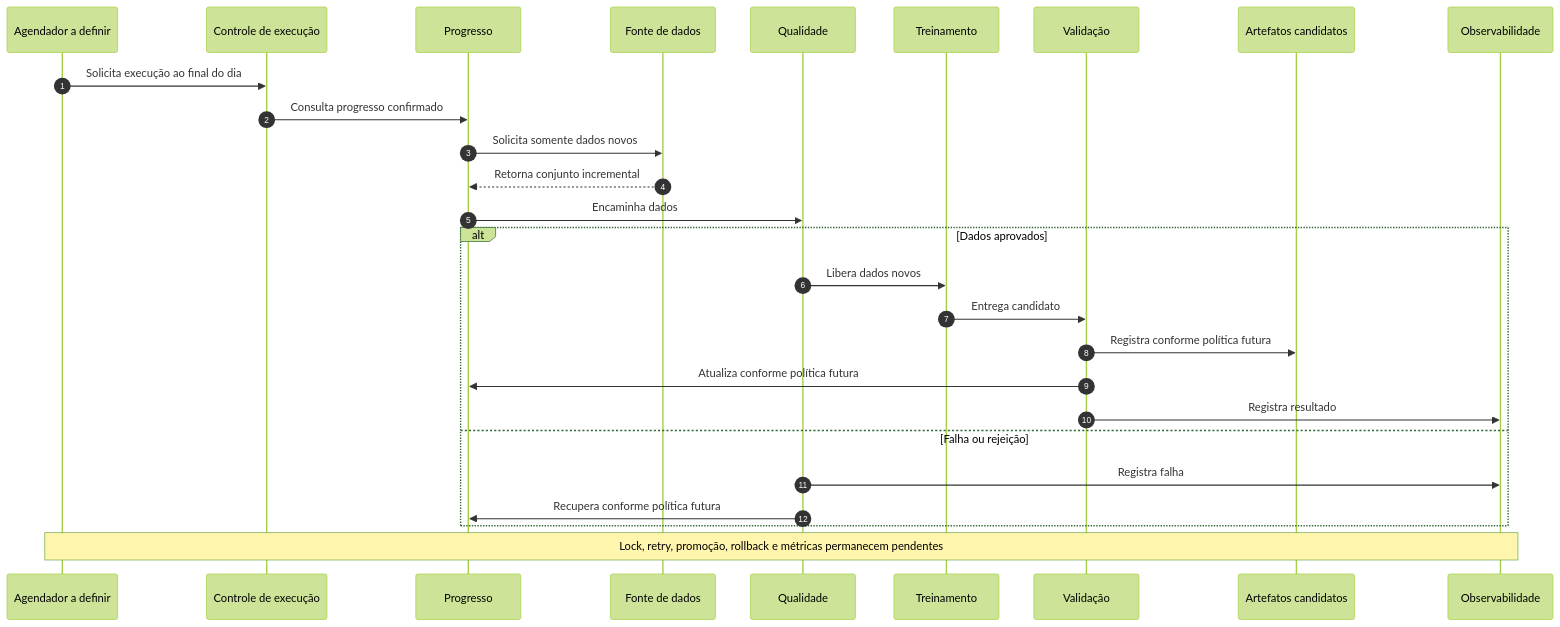
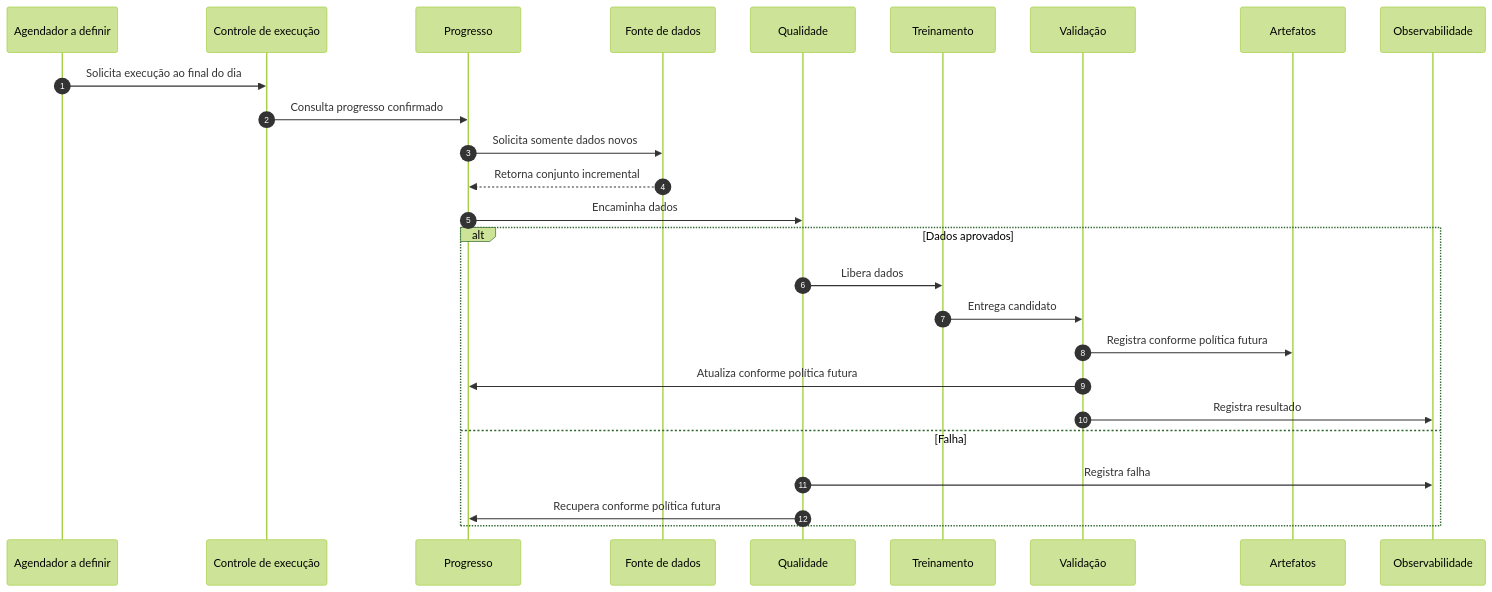
One commit to Jefferson-Silva-Geronimo/jefferson.geronimo-Foot-Fanatics changed the sixth of 6 diagrams in docs/arquitetura.md. Above: the diagram before and after it, drawn with Mermaid (forest theme). The commit also changed other lines of this file and 2 other files, not shown here.

````diff
--- a/docs/arquitetura.md
+++ b/docs/arquitetura.md
@@ -533,32 +399,28 @@
 ```mermaid
 sequenceDiagram
   autonumber
   participant AG as Agendador a definir
   participant EX as Controle de execução
   participant CP as Progresso
   participant FD as Fonte de dados
   participant QD as Qualidade
   participant TR as Treinamento
   participant VA as Validação
-  participant AR as Artefatos candidatos
+  participant AR as Artefatos
   participant OB as Observabilidade
-
   AG->>EX: Solicita execução ao final do dia
   EX->>CP: Consulta progresso confirmado
   CP->>FD: Solicita somente dados novos
   FD-->>CP: Retorna conjunto incremental
   CP->>QD: Encaminha dados
-
   alt Dados aprovados
-    QD->>TR: Libera dados novos
+    QD->>TR: Libera dados
     TR->>VA: Entrega candidato
     VA->>AR: Registra conforme política futura
     VA->>CP: Atualiza conforme política futura
     VA->>OB: Registra resultado
-  else Falha ou rejeição
+  else Falha
     QD->>OB: Registra falha
     QD->>CP: Recupera conforme política futura
   end
-
-  Note over AG,OB: Lock, retry, promoção, rollback e métricas permanecem pendentes
 ```
````
